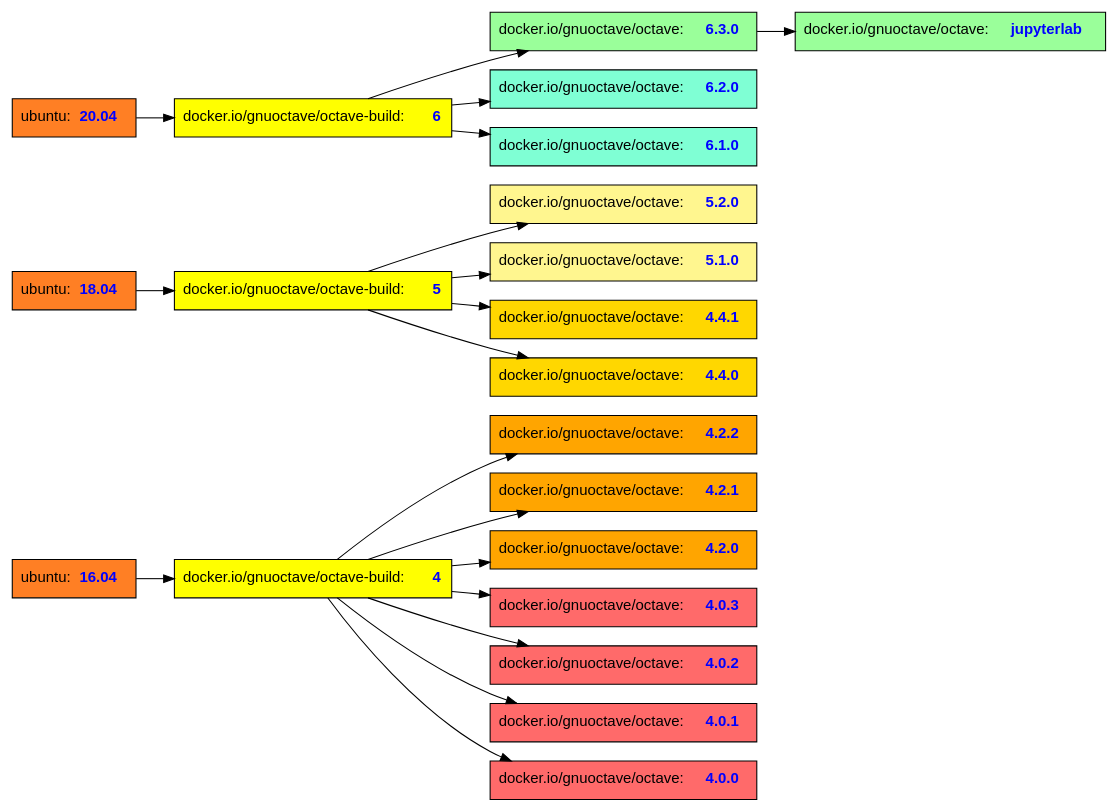
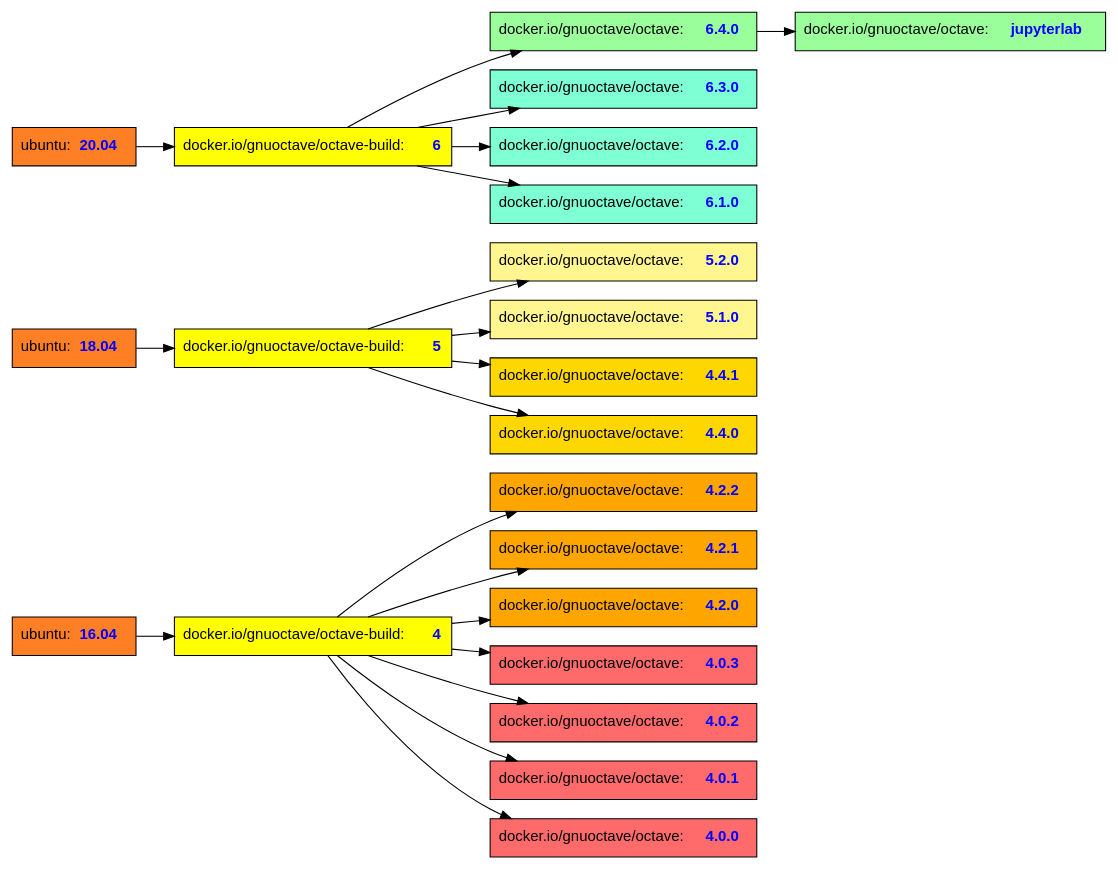
Before and after one commit to gnu-octave/docker: the diagram in doc/docker_image_hierachy.dot, drawn with Graphviz. The commit also changed 6 other files, not shown here.

```diff
--- a/doc/docker_image_hierachy.dot
+++ b/doc/docker_image_hierachy.dot
@@ -1,60 +1,64 @@
+// dot -Tpng -o docker_image_hierachy.png docker_image_hierachy.dot
+
 digraph hierarchy {
   rankdir="LR";
   node [shape=box style=filled fontname="helvetica"];
   node [fillcolor=chocolate1];
   { rank = same;
     ubuntu1604 [label=<ubuntu:<B><FONT color='blue'>16.04</FONT></B>>];
     ubuntu1804 [label=<ubuntu:<B><FONT color='blue'>18.04</FONT></B>>];
     ubuntu2004 [label=<ubuntu:<B><FONT color='blue'>20.04</FONT></B>>];
   }
   node [fillcolor=yellow];
   { rank = same;
     b4 [label=<docker.io/gnuoctave/octave-build:<B><FONT color='blue'>4</FONT></B>>];
     b5 [label=<docker.io/gnuoctave/octave-build:<B><FONT color='blue'>5</FONT></B>>];
     b6 [label=<docker.io/gnuoctave/octave-build:<B><FONT color='blue'>6</FONT></B>>];
   }
   node [fillcolor=palegreen1];
   jupyterlab [label=<docker.io/gnuoctave/octave:<B><FONT color='blue'>jupyterlab</FONT></B>>];
   { rank = same;
+  v640 [label=<docker.io/gnuoctave/octave:<B><FONT color='blue'>6.4.0</FONT></B>>];
+  node [fillcolor=aquamarine];
   v630 [label=<docker.io/gnuoctave/octave:<B><FONT color='blue'>6.3.0</FONT></B>>];
-  node [fillcolor=aquamarine];
   v620 [label=<docker.io/gnuoctave/octave:<B><FONT color='blue'>6.2.0</FONT></B>>];
   v610 [label=<docker.io/gnuoctave/octave:<B><FONT color='blue'>6.1.0</FONT></B>>];
   node [fillcolor=khaki1];
   v520 [label=<docker.io/gnuoctave/octave:<B><FONT color='blue'>5.2.0</FONT></B>>];
   v510 [label=<docker.io/gnuoctave/octave:<B><FONT color='blue'>5.1.0</FONT></B>>];
   node [fillcolor=gold];
   v441 [label=<docker.io/gnuoctave/octave:<B><FONT color='blue'>4.4.1</FONT></B>>];
   v440 [label=<docker.io/gnuoctave/octave:<B><FONT color='blue'>4.4.0</FONT></B>>];
   node [fillcolor=orange];
   v422 [label=<docker.io/gnuoctave/octave:<B><FONT color='blue'>4.2.2</FONT></B>>];
   v421 [label=<docker.io/gnuoctave/octave:<B><FONT color='blue'>4.2.1</FONT></B>>];
   v420 [label=<docker.io/gnuoctave/octave:<B><FONT color='blue'>4.2.0</FONT></B>>];
   node [fillcolor=indianred1];
   v403 [label=<docker.io/gnuoctave/octave:<B><FONT color='blue'>4.0.3</FONT></B>>];
   v402 [label=<docker.io/gnuoctave/octave:<B><FONT color='blue'>4.0.2</FONT></B>>];
   v401 [label=<docker.io/gnuoctave/octave:<B><FONT color='blue'>4.0.1</FONT></B>>];
   v400 [label=<docker.io/gnuoctave/octave:<B><FONT color='blue'>4.0.0</FONT></B>>];
   }
-  ubuntu2004 -> b6 -> v630  -> jupyterlab
+  ubuntu2004 -> b6 -> v640  -> jupyterlab
+                b6 -> v630
                 b6 -> v620
                 b6 -> v610
   ubuntu1804 -> b5 -> v520
                 b5 -> v510
                 b5 -> v441
                 b5 -> v440
   ubuntu1604 -> b4 -> v422
                 b4 -> v421
                 b4 -> v420
                 b4 -> v403
                 b4 -> v402
                 b4 -> v401
                 b4 -> v400
   // ensure order
   b6 -> b5 -> b4 [style=invis]
-  v630 -> v620 -> v610
+  v640 -> v630 -> v620 -> v610
        -> v520 -> v510
        -> v441 -> v440
        -> v422 -> v421 -> v420
        -> v403 -> v402 -> v401 -> v400 [style=invis]
 }
```
